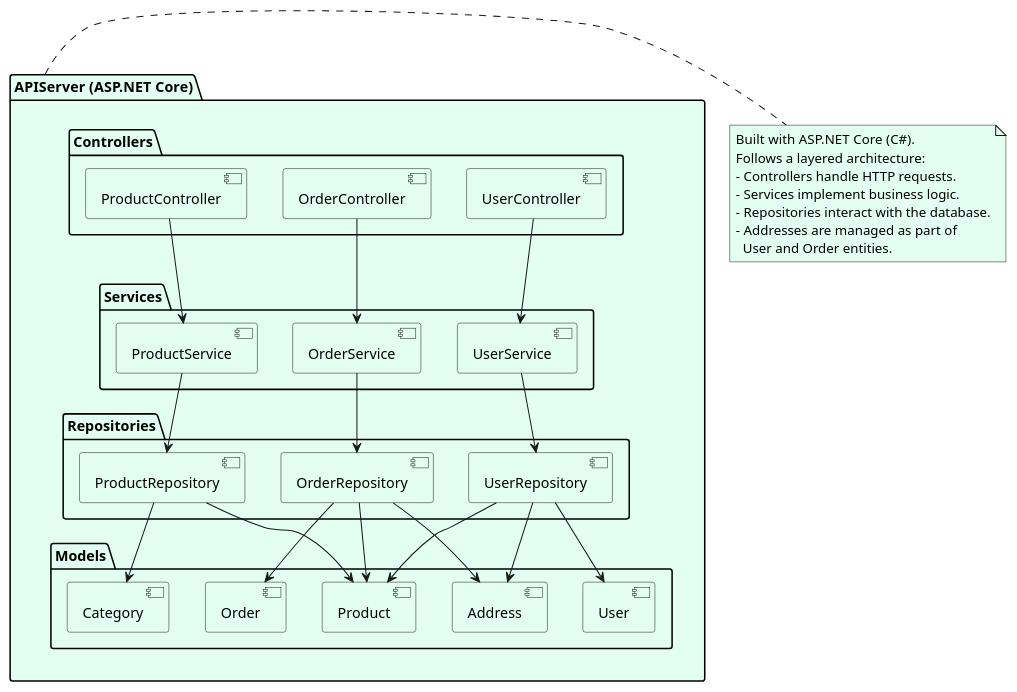
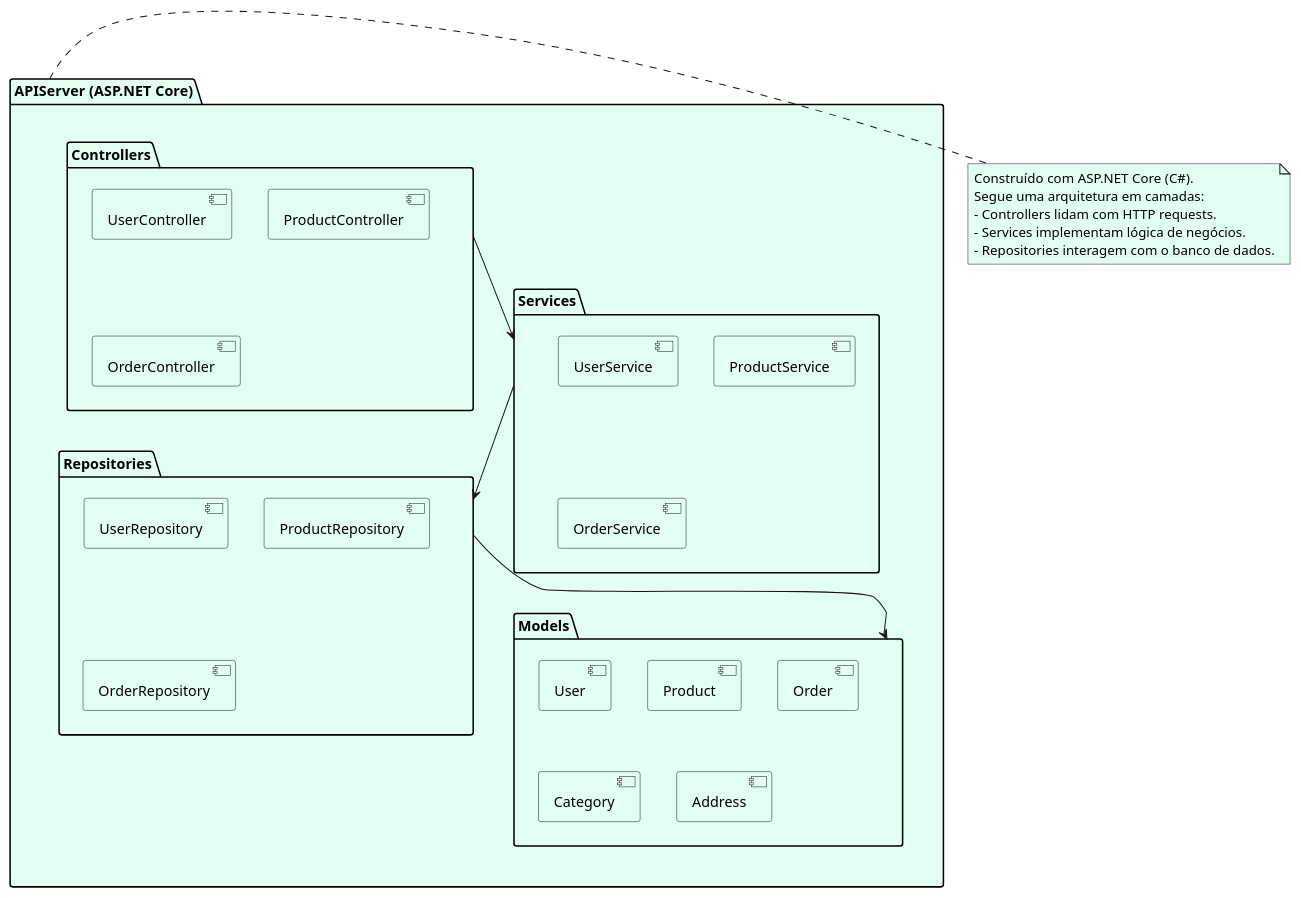
Before and after one commit to bruflor/comercio-vizinho: the diagram in docs/diagrams/APIServer/APIServer.puml, drawn with PlantUML.

Commit message:
Refactoring apiserver backend diagram

```diff
--- a/docs/diagrams/APIServer/APIServer.puml
+++ b/docs/diagrams/APIServer/APIServer.puml
@@ -1,69 +1,54 @@
 @startuml
 <style>
 componentDiagram {
   BackGroundColor #e2fff1
 }
 document {
   BackGroundColor white
 }
 </style>
 
 package "APIServer (ASP.NET Core)" {
     package "Controllers" {
         [UserController]
         [ProductController]
         [OrderController]
     }
 
     package "Services" {
         [UserService]
         [ProductService]
         [OrderService]
     }
 
     package "Repositories" {
         [UserRepository]
         [ProductRepository]
         [OrderRepository]
     }
 
     package "Models" {
         [User]
         [Product]
         [Order]
         [Category]
         [Address]
     }
 
 }
 
 ' Relationships
-[UserController] --> [UserService]
-[ProductController] --> [ProductService]
-[OrderController] --> [OrderService]
-
-[UserService] --> [UserRepository]
-[ProductService] --> [ProductRepository]
-[OrderService] --> [OrderRepository]
+"Controllers" --> "Services"
+"Services" --> "Repositories"
+"Repositories" --> "Models"
 
 
-[ProductRepository] --> [Product]
-[ProductRepository] --> [Category]
-[UserRepository] --> [User]
-[UserRepository] --> [Address]
-[UserRepository] --> [Product]
-[OrderRepository] --> [Order]
-[OrderRepository] --> [Address]
-[OrderRepository] --> [Product]
-
 note right of [APIServer (ASP.NET Core)]
-  Built with ASP.NET Core (C#).
-  Follows a layered architecture:
-  - Controllers handle HTTP requests.
-  - Services implement business logic.
-  - Repositories interact with the database.
-  - Addresses are managed as part of
-    User and Order entities.
+Construído com ASP.NET Core (C#).
+Segue uma arquitetura em camadas:
+- Controllers lidam com HTTP requests.
+- Services implementam lógica de negócios.
+- Repositories interagem com o banco de dados.
 end note
 
 @enduml
```
